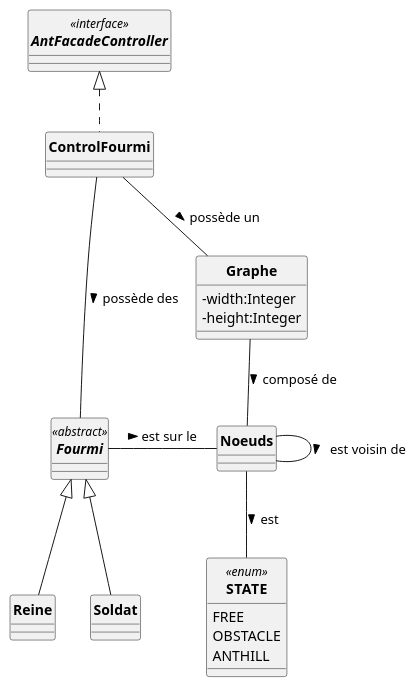
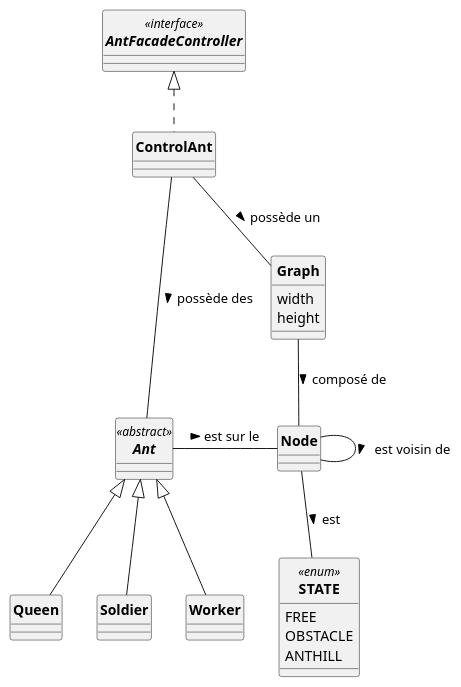
One commit to ErenMustafaGit/ColonieFourmis changed the diagram in src/main/uml/Fourmis_DCa.puml. Above: the diagram before and after it, drawn with PlantUML. The commit also changed 17 other files, not shown here.

```diff
--- a/src/main/uml/Fourmis_DCa.puml
+++ b/src/main/uml/Fourmis_DCa.puml
@@ -1,52 +1,55 @@
 @startuml
 'https://plantuml.com/sequence-diagram
 skinparam style strictuml
 skinparam classAttributeIconSize 0
 skinparam circledCharacterRadius 0
 skinparam circledCharacterFontSize 0
 skinparam classFontStyle Bold
 'autonumber
 
 
 interface AntFacadeController<<interface>>{
 
 }
 
 enum STATE <<enum>> {
     FREE
     OBSTACLE
     ANTHILL
 }
 
 
-class Graphe {
-     -width:Integer
-     -height:Integer
+class Graph {
+     width
+     height
 }
-class Noeuds{
+class Node{
 }
 
-abstract Fourmi <<abstract>>{
+abstract Ant <<abstract>>{
 
 }
 
-class Reine extends Fourmi{
+class Queen extends Ant{
 
 }
 
-class Soldat extends Fourmi{
+class Soldier extends Ant{
 
 }
 
-class ControlFourmi implements AntFacadeController{
+class Worker extends Ant{
+}
+
+class ControlAnt implements AntFacadeController{
 
 }
 
-Noeuds - Noeuds : est voisin de >
-ControlFourmi -- Graphe : possède un >
-ControlFourmi --- Fourmi : possède des >
-Graphe -- Noeuds : composé de >
-Fourmi  - Noeuds : est sur le >
-Noeuds --  STATE : est >
+Node - Node : est voisin de >
+ControlAnt -- Graph : possède un >
+ControlAnt --- Ant : possède des >
+Graph -- Node : composé de >
+Ant  - Node : est sur le >
+Node --  STATE : est >
 
 @enduml
```
